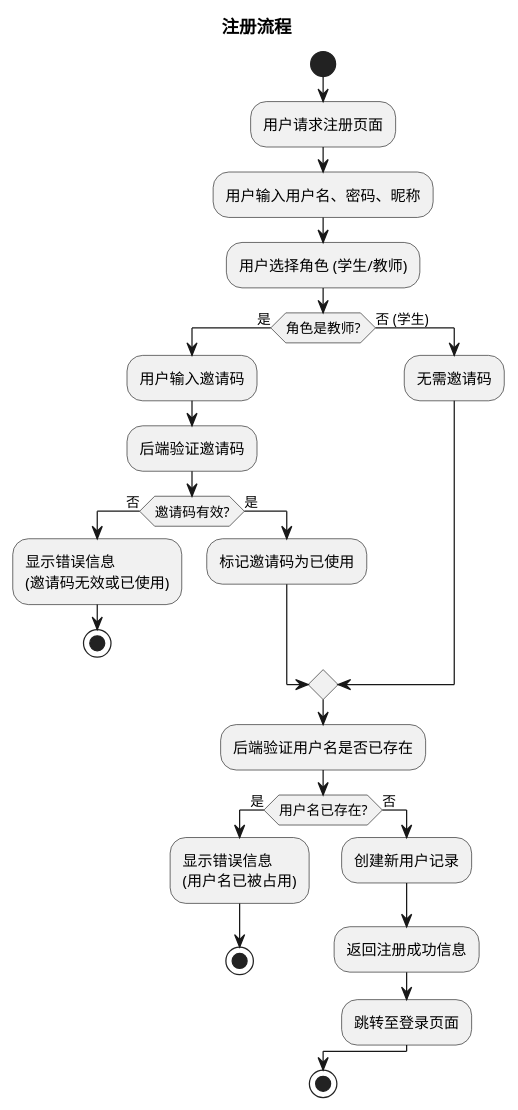
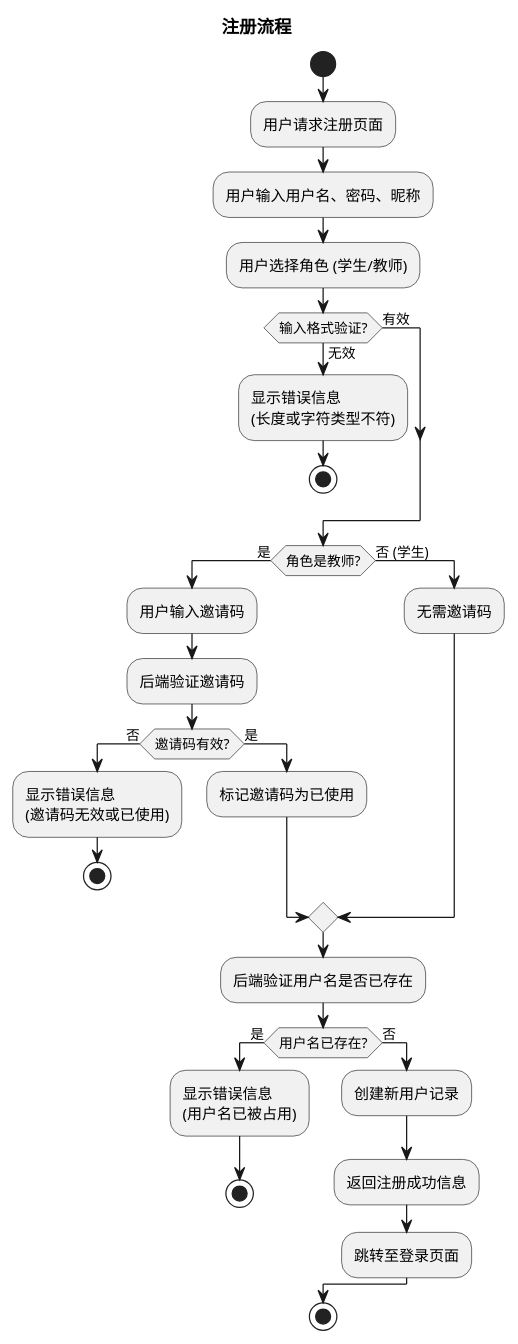
Before and after one commit to UserKei/Edu-Hub: the diagram in puml/Activity/Register.puml, drawn with PlantUML. The commit also changed 3 other files, not shown here.

```diff
--- a/puml/Activity/Register.puml
+++ b/puml/Activity/Register.puml
@@ -1,34 +1,40 @@
 @startuml 注册流程
 title 注册流程
 
 start
 
 :用户请求注册页面;
 :用户输入用户名、密码、昵称;
 :用户选择角色 (学生/教师);
+
+if (输入格式验证?) then (无效)
+    :显示错误信息\n(长度或字符类型不符);
+    stop
+else (有效)
+endif
 
 if (角色是教师?) then (是)
     :用户输入邀请码;
     :后端验证邀请码;
     if (邀请码有效?) then (否)
         :显示错误信息\n(邀请码无效或已使用);
         stop
     else (是)
         :标记邀请码为已使用;
     endif
 else (否 (学生))
     :无需邀请码;
 endif
 
 :后端验证用户名是否已存在;
 if (用户名已存在?) then (是)
     :显示错误信息\n(用户名已被占用);
     stop
 else (否)
     :创建新用户记录;
     :返回注册成功信息;
     :跳转至登录页面;
 endif
 
 stop
 @enduml
```
